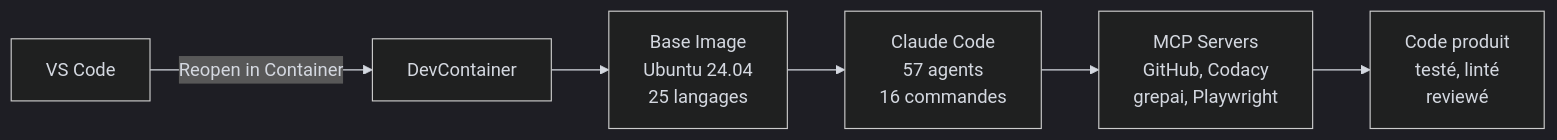
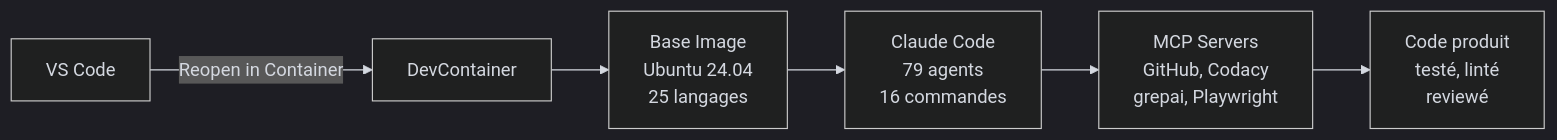
One commit to kodflow/devcontainer-template changed the diagram in docs/index.md. Above: the diagram before and after it, drawn with Mermaid. The commit also changed other lines of this file and 12 other files, not shown here.

````diff
--- a/docs/index.md
+++ b/docs/index.md
@@ -24,15 +24,15 @@
 ```mermaid
 %%{init: {'theme': 'dark', 'themeVariables': {
   'primaryColor': '#9D76FB1a',
   'primaryBorderColor': '#9D76FB',
   'primaryTextColor': '#d4d8e0',
   'lineColor': '#d4d8e0',
   'textColor': '#d4d8e0'
 }}}%%
 flowchart LR
     A[VS Code] -->|"Reopen in Container"| B[DevContainer]
     B --> C[Base Image<br/>Ubuntu 24.04<br/>25 langages]
-    C --> D[Claude Code<br/>57 agents<br/>16 commandes]
+    C --> D[Claude Code<br/>79 agents<br/>16 commandes]
     D --> E[MCP Servers<br/>GitHub, Codacy<br/>grepai, Playwright]
     E --> F[Code produit<br/>testé, linté<br/>reviewé]
 ```
````
